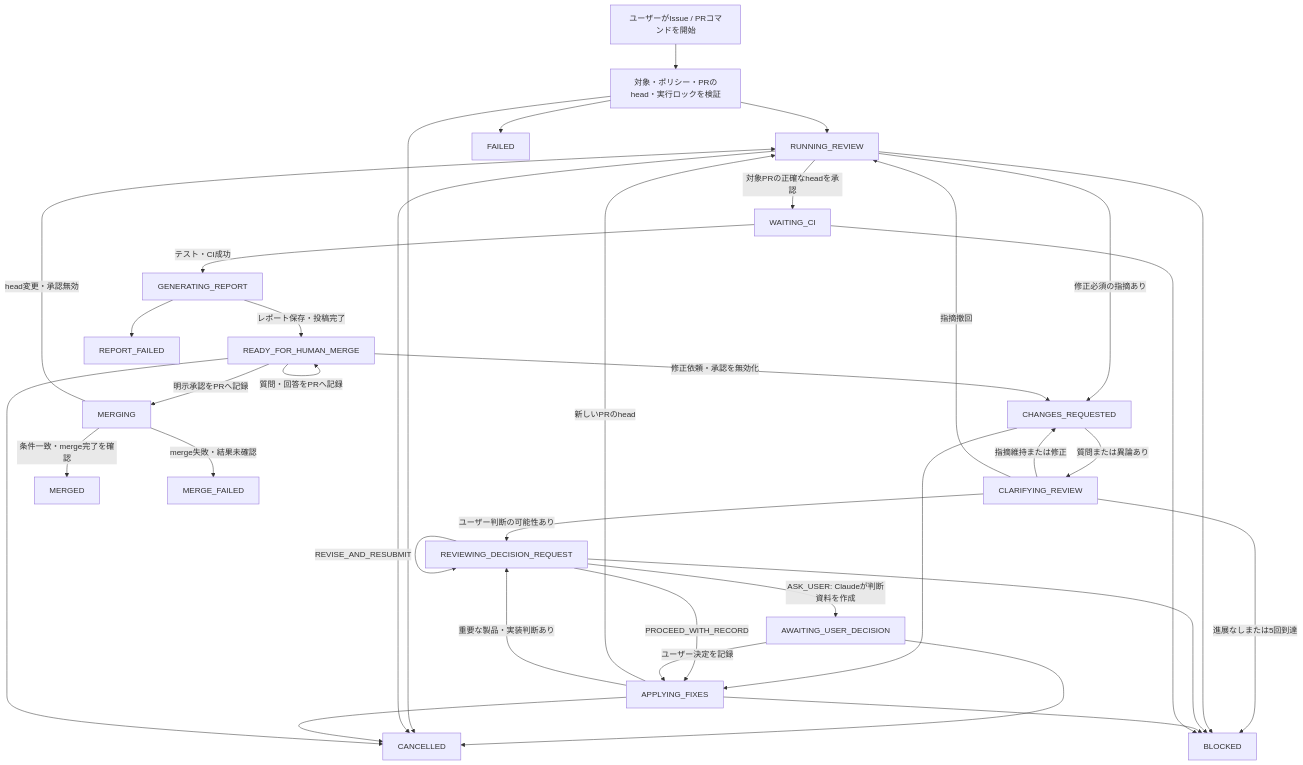
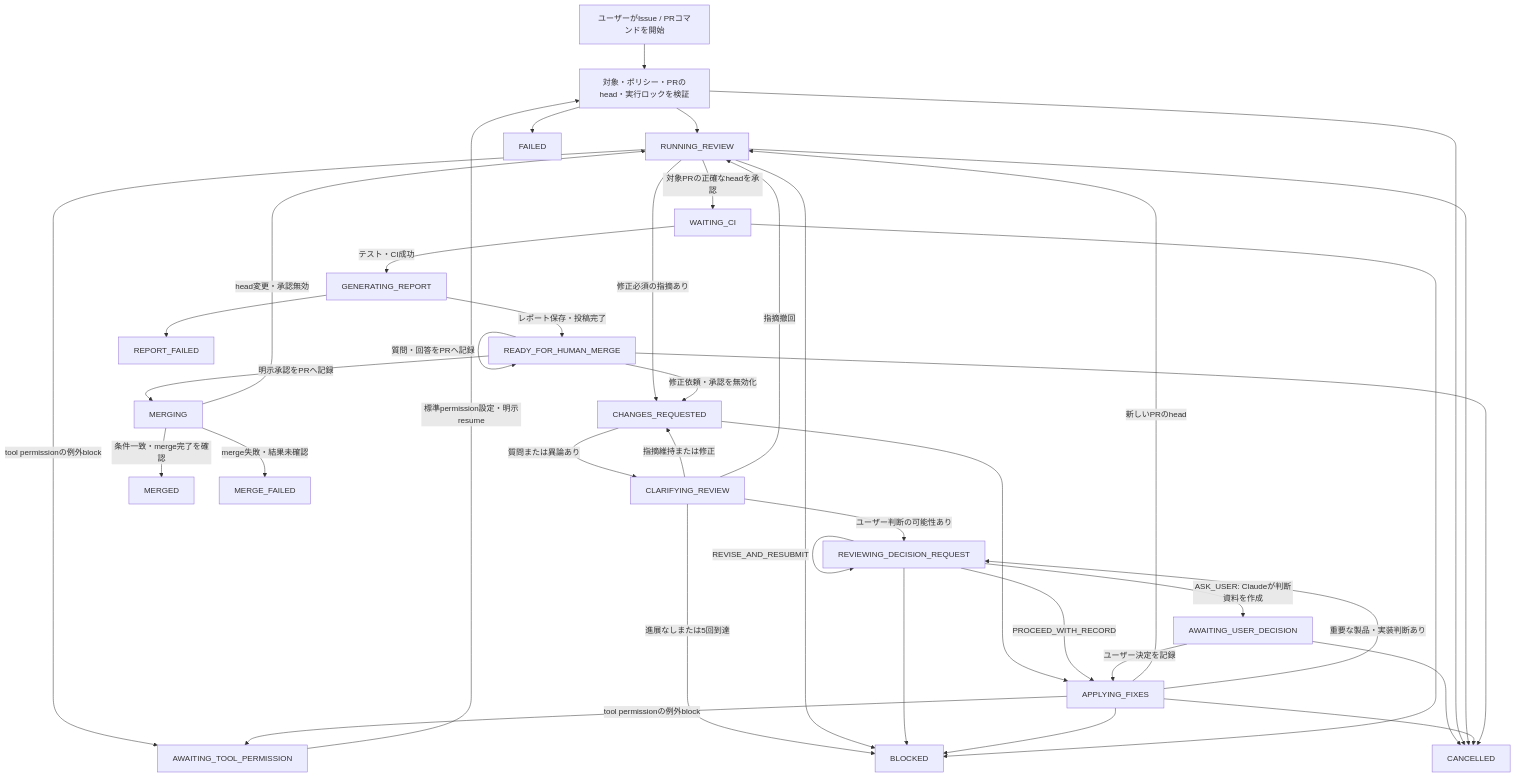
Before and after one commit to Mega-Gorilla/coding-review-agent-loop: the diagram in docs/plans/claude-codex-target-experience.md, drawn with Mermaid. The commit also changed other lines of this file, not shown here.

````diff
--- a/docs/plans/claude-codex-target-experience.md
+++ b/docs/plans/claude-codex-target-experience.md
@@ -398,38 +413,41 @@
 ```mermaid
 flowchart TD
     Start[ユーザーがIssue / PRコマンドを開始] --> Validate[対象・ポリシー・PRのhead・実行ロックを検証]
     Validate --> Review[RUNNING_REVIEW]
     Review -->|修正必須の指摘あり| Changes[CHANGES_REQUESTED]
     Changes -->|質問または異論あり| Clarify[CLARIFYING_REVIEW]
     Clarify -->|指摘維持または修正| Changes
     Clarify -->|指摘撤回| Review
     Clarify -->|ユーザー判断の可能性あり| DecisionReview[REVIEWING_DECISION_REQUEST]
     Clarify -->|進展なしまたは5回到達| Blocked[BLOCKED]
     Changes --> Fix[APPLYING_FIXES]
     Fix -->|新しいPRのhead| Review
     Fix -->|重要な製品・実装判断あり| DecisionReview
     DecisionReview -->|REVISE_AND_RESUBMIT| DecisionReview
     DecisionReview -->|PROCEED_WITH_RECORD| Fix
     DecisionReview -->|ASK_USER: Claudeが判断資料を作成| AwaitDecision[AWAITING_USER_DECISION]
     AwaitDecision -->|ユーザー決定を記録| Fix
+    Review -->|tool permissionの例外block| AwaitPermission[AWAITING_TOOL_PERMISSION]
+    Fix -->|tool permissionの例外block| AwaitPermission
+    AwaitPermission -->|標準permission設定・明示resume| Validate
     Review -->|対象PRの正確なheadを承認| CI[WAITING_CI]
     CI -->|テスト・CI成功| Report[GENERATING_REPORT]
     Report -->|レポート保存・投稿完了| Ready[READY_FOR_HUMAN_MERGE]
     Ready -->|質問・回答をPRへ記録| Ready
     Ready -->|修正依頼・承認を無効化| Changes
     Ready -->|明示承認をPRへ記録| Merging[MERGING]
     Merging -->|条件一致・merge完了を確認| Merged[MERGED]
     Merging -->|head変更・承認無効| Review
     Merging -->|merge失敗・結果未確認| MergeFailed[MERGE_FAILED]
     Validate --> Failed[FAILED]
     Review --> Blocked
     DecisionReview --> Blocked
     AwaitDecision --> Cancelled
     Fix --> Blocked
     CI --> Blocked
     Report --> ReportFailed[REPORT_FAILED]
     Validate --> Cancelled[CANCELLED]
     Review --> Cancelled
     Fix --> Cancelled
     Ready --> Cancelled
 ```
````
